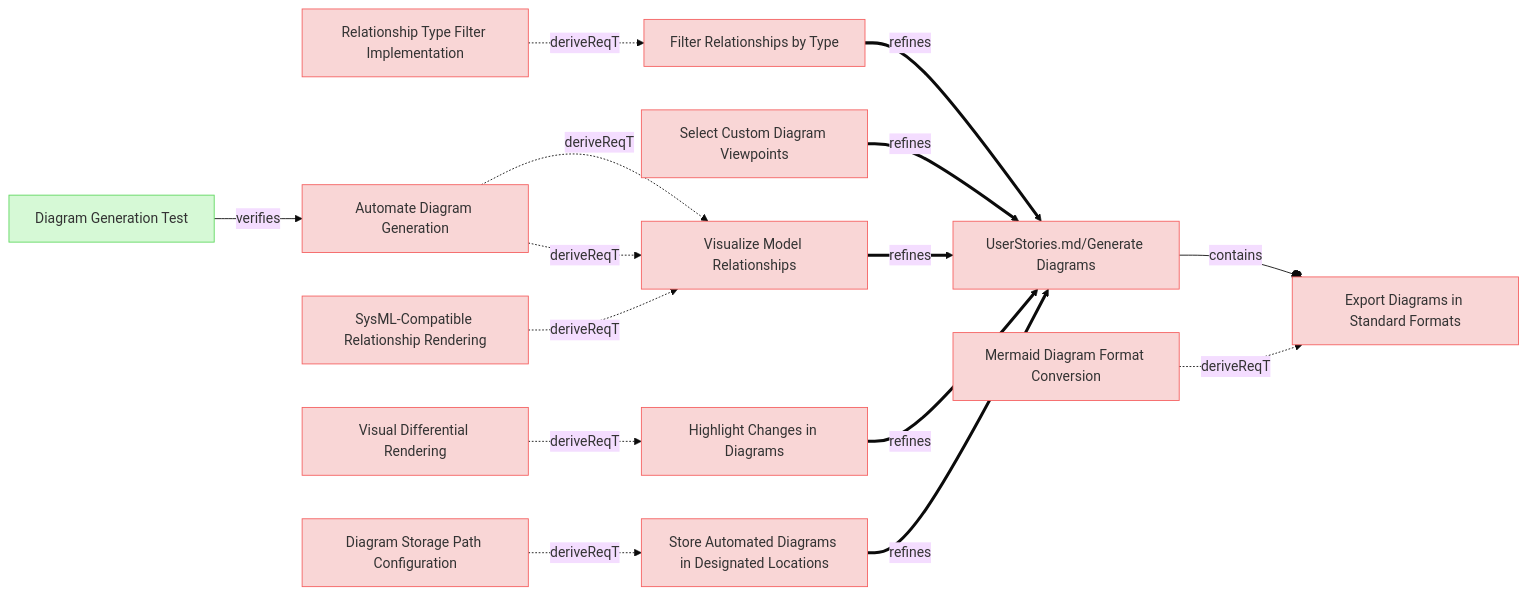
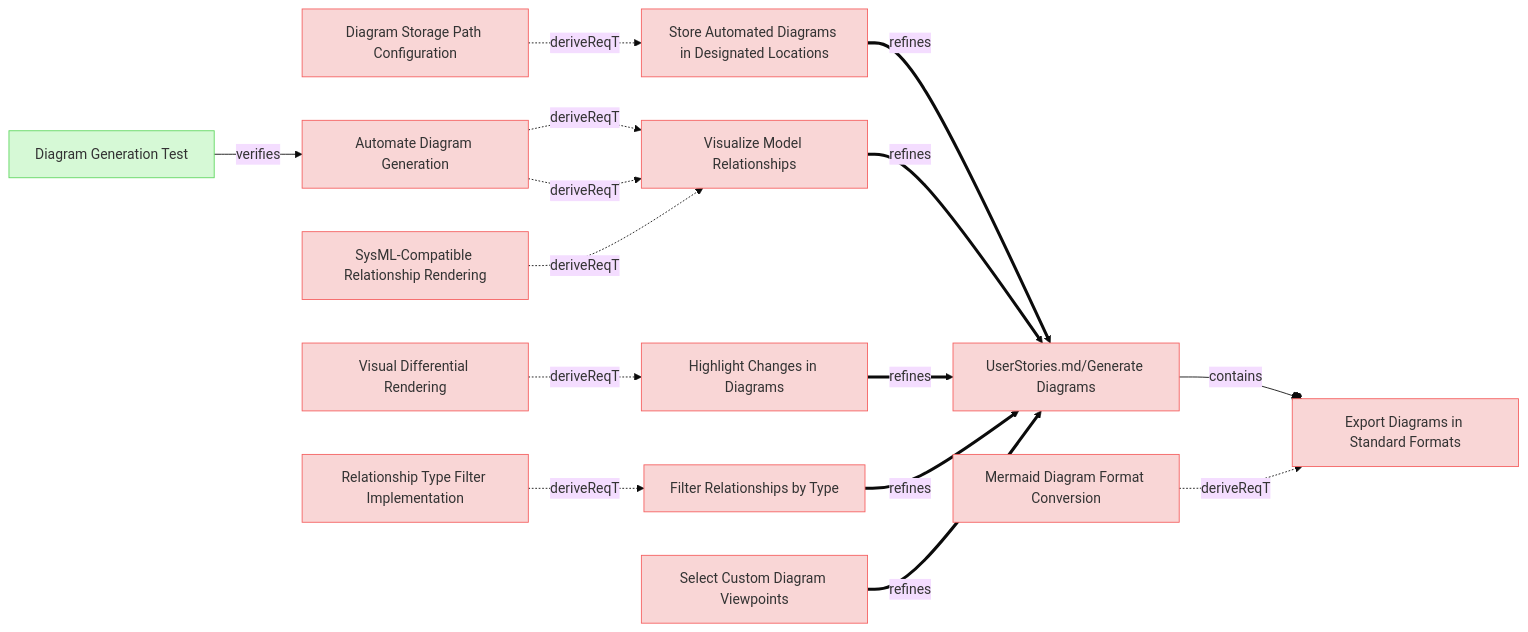
The first of 9 diagrams in specifications/UserRequirements.md (reqvire-org/reqvire), drawn with Mermaid (base theme) before and after one commit. The commit also changed other lines of this file and 7 other files, not shown here.

Commit message:
Updated diagrams.

````diff
--- a/specifications/UserRequirements.md
+++ b/specifications/UserRequirements.md
@@ -4,65 +4,65 @@
 ```mermaid
 graph LR;
   %% Graph styling
   classDef requirement fill:#f9d6d6,stroke:#f55f5f,stroke-width:1px;
   classDef verification fill:#d6f9d6,stroke:#5fd75f,stroke-width:1px;
   classDef externalLink fill:#d0e0ff,stroke:#3080ff,stroke-width:1px;
   classDef default fill:#f5f5f5,stroke:#333333,stroke-width:1px;
 
-  30d97803eb["Filter Relationships by Type"];
-  click 30d97803eb "UserRequirements.md#filter-relationships-by-type";
-  class 30d97803eb requirement;
-  cf0026c2fe["UserStories.md/Generate Diagrams"];
-  class cf0026c2fe requirement;
-  click cf0026c2fe "UserStories.md#generate-diagrams";
-  30d97803eb ==>|refines| cf0026c2fe;
-  1414e7f889["Relationship Type Filter Implementation"];
-  class 1414e7f889 requirement;
-  click 1414e7f889 "SystemRequirements/Requirements.md#relationship-type-filter-implementation";
-  1414e7f889 -.->|deriveReqT| 30d97803eb;
   81f9235ded["Automate Diagram Generation"];
   click 81f9235ded "UserRequirements.md#automate-diagram-generation";
   class 81f9235ded requirement;
   a6a8362836["Visualize Model Relationships"];
   class a6a8362836 requirement;
   click a6a8362836 "UserRequirements.md#visualize-model-relationships";
   81f9235ded -.->|deriveReqT| a6a8362836;
   b95c73d7b3["Diagram Generation Test"];
   class b95c73d7b3 verification;
   click b95c73d7b3 "Verifications/DiagramsTests.md#diagram-generation-test";
   b95c73d7b3 -->|verifies| 81f9235ded;
-  30053341d8["Select Custom Diagram Viewpoints"];
-  click 30053341d8 "UserRequirements.md#select-custom-diagram-viewpoints";
-  class 30053341d8 requirement;
-  30053341d8 ==>|refines| cf0026c2fe;
-  10c00a1bd1["Export Diagrams in Standard Formats"];
-  click 10c00a1bd1 "UserRequirements.md#export-diagrams-in-standard-formats";
-  class 10c00a1bd1 requirement;
-  cf0026c2fe --o|contains| 10c00a1bd1;
-  a7ec66314a["Mermaid Diagram Format Conversion"];
-  class a7ec66314a requirement;
-  click a7ec66314a "SystemRequirements/Requirements.md#mermaid-diagram-format-conversion";
-  a7ec66314a -.->|deriveReqT| 10c00a1bd1;
+  aee397f35b["Store Automated Diagrams in Designated Locations"];
+  click aee397f35b "UserRequirements.md#store-automated-diagrams-in-designated-locations";
+  class aee397f35b requirement;
+  cf0026c2fe["UserStories.md/Generate Diagrams"];
+  class cf0026c2fe requirement;
+  click cf0026c2fe "UserStories.md#generate-diagrams";
+  aee397f35b ==>|refines| cf0026c2fe;
+  191d27287e["Diagram Storage Path Configuration"];
+  class 191d27287e requirement;
+  click 191d27287e "SystemRequirements/Requirements.md#diagram-storage-path-configuration";
+  191d27287e -.->|deriveReqT| aee397f35b;
   a6a8362836 ==>|refines| cf0026c2fe;
   81f9235ded -.->|deriveReqT| a6a8362836;
   c826c1ee7c["SysML-Compatible Relationship Rendering"];
   class c826c1ee7c requirement;
   click c826c1ee7c "SystemRequirements/Requirements.md#sysml-compatible-relationship-rendering";
   c826c1ee7c -.->|deriveReqT| a6a8362836;
   fd7388e379["Highlight Changes in Diagrams"];
   click fd7388e379 "UserRequirements.md#highlight-changes-in-diagrams";
   class fd7388e379 requirement;
   fd7388e379 ==>|refines| cf0026c2fe;
   9860815d52["Visual Differential Rendering"];
   class 9860815d52 requirement;
   click 9860815d52 "SystemRequirements/Requirements.md#visual-differential-rendering";
   9860815d52 -.->|deriveReqT| fd7388e379;
-  aee397f35b["Store Automated Diagrams in Designated Locations"];
-  click aee397f35b "UserRequirements.md#store-automated-diagrams-in-designated-locations";
-  class aee397f35b requirement;
-  aee397f35b ==>|refines| cf0026c2fe;
-  191d27287e["Diagram Storage Path Configuration"];
-  class 191d27287e requirement;
-  click 191d27287e "SystemRequirements/Requirements.md#diagram-storage-path-configuration";
-  191d27287e -.->|deriveReqT| aee397f35b;
+  30d97803eb["Filter Relationships by Type"];
+  click 30d97803eb "UserRequirements.md#filter-relationships-by-type";
+  class 30d97803eb requirement;
+  30d97803eb ==>|refines| cf0026c2fe;
+  1414e7f889["Relationship Type Filter Implementation"];
+  class 1414e7f889 requirement;
+  click 1414e7f889 "SystemRequirements/Requirements.md#relationship-type-filter-implementation";
+  1414e7f889 -.->|deriveReqT| 30d97803eb;
+  10c00a1bd1["Export Diagrams in Standard Formats"];
+  click 10c00a1bd1 "UserRequirements.md#export-diagrams-in-standard-formats";
+  class 10c00a1bd1 requirement;
+  cf0026c2fe --o|contains| 10c00a1bd1;
+  a7ec66314a["Mermaid Diagram Format Conversion"];
+  class a7ec66314a requirement;
+  click a7ec66314a "SystemRequirements/Requirements.md#mermaid-diagram-format-conversion";
+  a7ec66314a -.->|deriveReqT| 10c00a1bd1;
+  30053341d8["Select Custom Diagram Viewpoints"];
+  click 30053341d8 "UserRequirements.md#select-custom-diagram-viewpoints";
+  class 30053341d8 requirement;
+  30053341d8 ==>|refines| cf0026c2fe;
 ```
````
